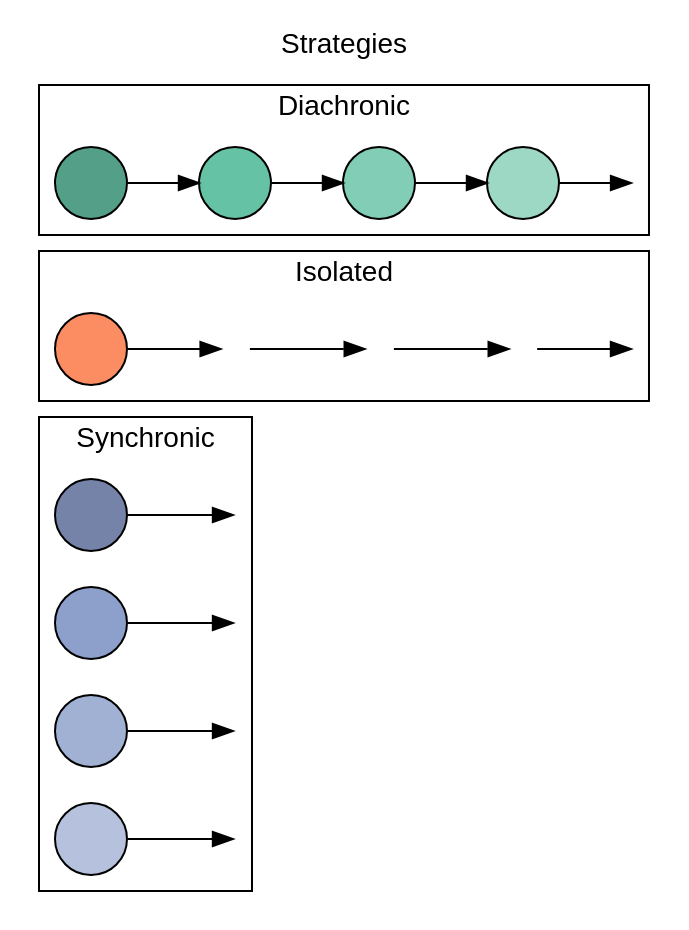
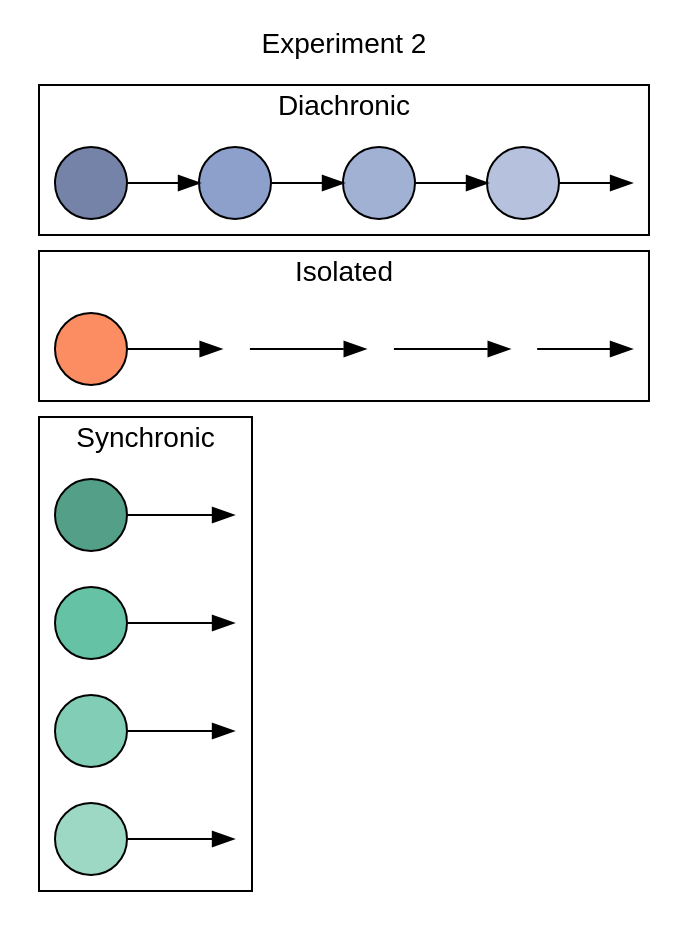
One commit to pedmiston/diachronic-teams changed the diagram in totems/inst/extdata/team-structures-exp2.gv. Above: the diagram before and after it, drawn with Graphviz. The commit also changed 2 other files, not shown here.

```diff
--- a/totems/inst/extdata/team-structures-exp2.gv
+++ b/totems/inst/extdata/team-structures-exp2.gv
@@ -1,49 +1,49 @@
 digraph {
   rankdir=LR;
-  label="Strategies";
+  label="Experiment 2";
   labelloc=t;
   fontname=helvetica;
   // bgcolor=transparent;
 
   node[fontname=helvetica; label=""; style=filled; shape=circle];
 
   // Set cluster order (top to bottom) by initializing
   // nodes in each cluster starting from bottom to top
   s4_1, solo_s1, d1;
 
   // Colors are people
-  d1[fillcolor="#549F88"];
-  d2[fillcolor="#66C2A5"];
-  d3[fillcolor="#81CDB5"];
-  d4[fillcolor="#9DD8C5"];
-  s4_1[fillcolor="#7483A7"];
-  s4_2[fillcolor="#8DA0CB"];
-  s4_3[fillcolor="#A1B1D4"];
-  s4_4[fillcolor="#B6C2DD"];
+  s4_1[fillcolor="#549F88"];
+  s4_2[fillcolor="#66C2A5"];
+  s4_3[fillcolor="#81CDB5"];
+  s4_4[fillcolor="#9DD8C5"];
+  d1[fillcolor="#7483A7"];
+  d2[fillcolor="#8DA0CB"];
+  d3[fillcolor="#A1B1D4"];
+  d4[fillcolor="#B6C2DD"];
   solo_s1[fillcolor="#FC8D62"];
 
   // Invisible last nodes
   dinv1, soloinv2, s4inv1, s4inv2, s4inv3, s4inv4[style=invis, width=0];
 
   subgraph cluster1 {
     label="Diachronic";
     d1 -> d2 -> d3 -> d4 -> dinv1;
   }
 
   subgraph cluster2 {
     label="Isolated";
     solo_s1 -> solo_s2 -> solo_s3 -> solo_s4 -> soloinv2;
 
     solo_s2, solo_s3, solo_s4[style=invis, width=0.2];
   }
 
   subgraph cluster3 {
     label="Synchronic";
     rankdir=TB;
     s4_1 -> s4inv1;
     s4_2 -> s4inv2;
     s4_3 -> s4inv3;
     s4_4 -> s4inv4;
   }
 
 }
```
